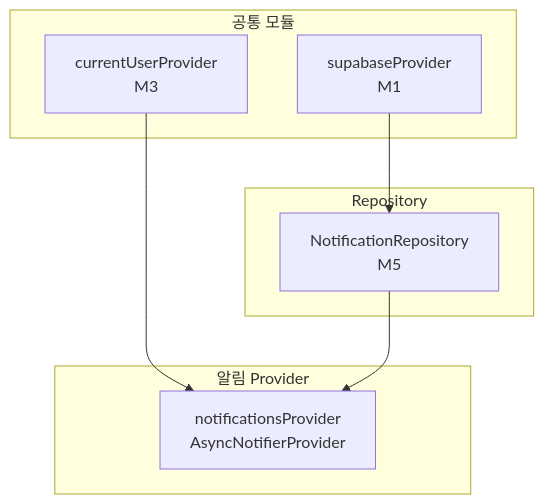
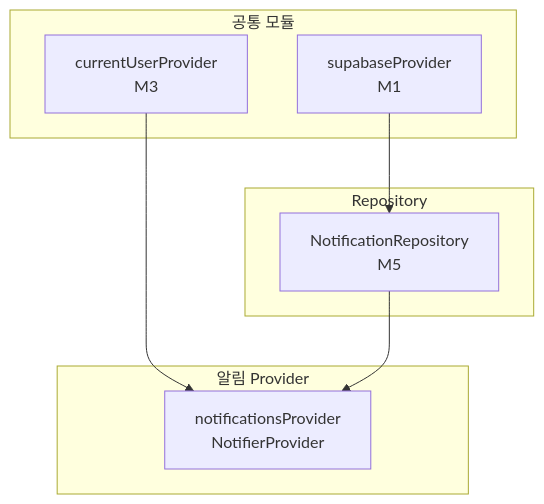
Before and after one commit to Pakkoc/badminton_app: the diagram in docs/pages/notifications/state.md, drawn with Mermaid. The commit also changed other lines of this file and 9 other files, not shown here.

````diff
--- a/docs/pages/notifications/state.md
+++ b/docs/pages/notifications/state.md
@@ -45,19 +45,19 @@
 ```mermaid
 flowchart TD
     subgraph 공통 모듈
         SP[supabaseProvider<br/>M1]
         AUTH[currentUserProvider<br/>M3]
     end
 
     subgraph 알림 Provider
-        NOTI[notificationsProvider<br/>AsyncNotifierProvider]
+        NOTI[notificationsProvider<br/>NotifierProvider]
     end
 
     subgraph Repository
         NR[NotificationRepository<br/>M5]
     end
 
     SP --> NR
     AUTH --> NOTI
     NR --> NOTI
 ```
````
